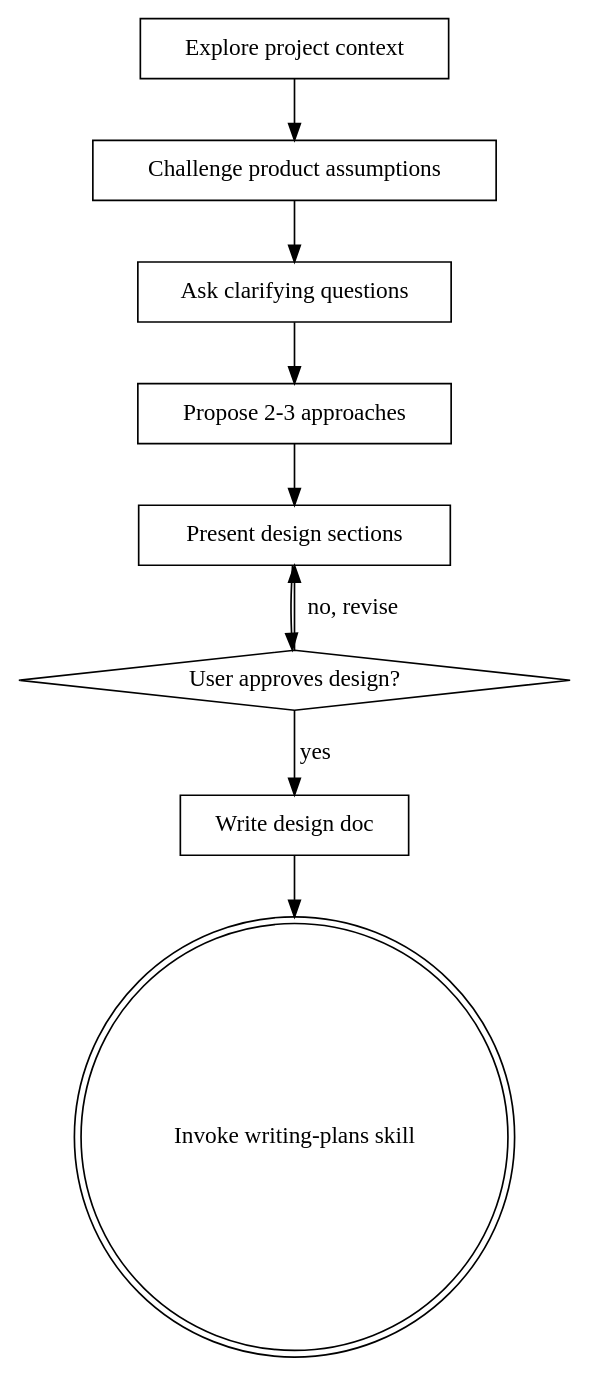
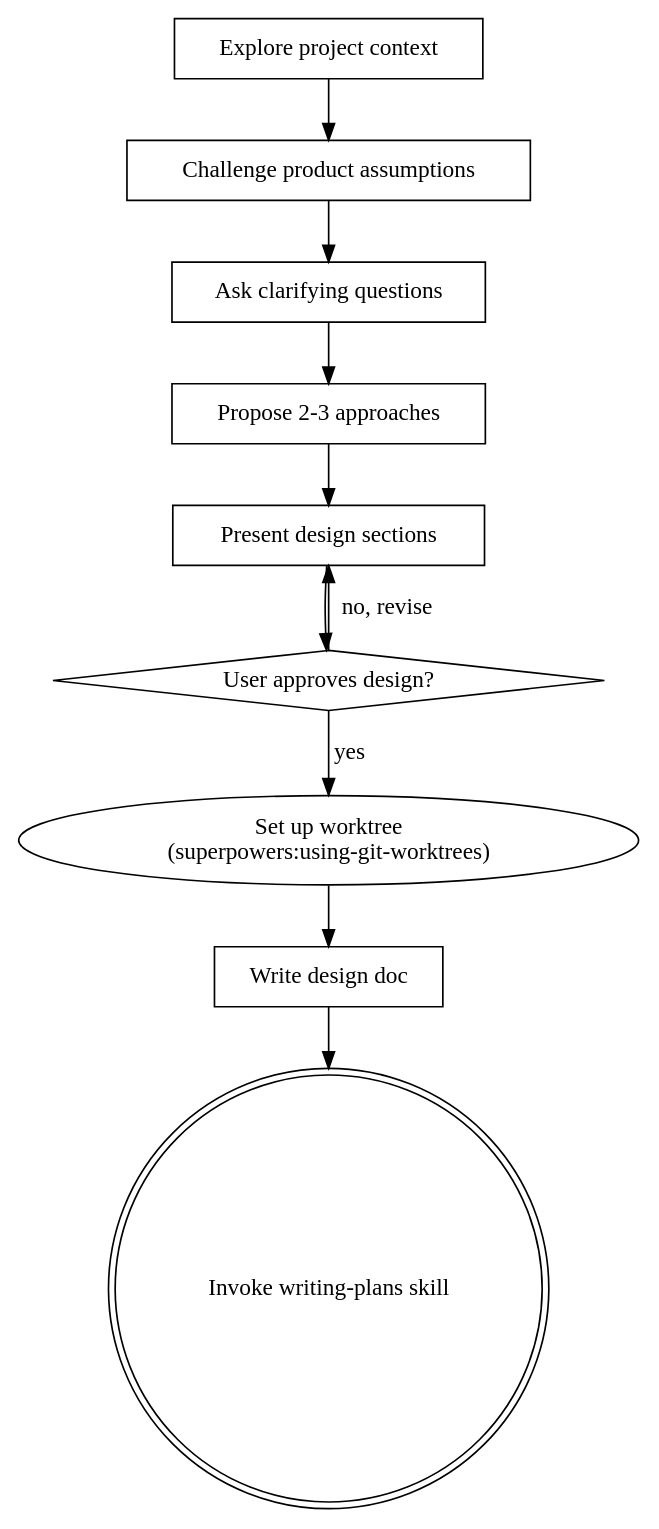
One commit to nikhilsitaram/superpowers changed the diagram in skills/brainstorming/SKILL.md. Above: the diagram before and after it, drawn with Graphviz. The commit also changed other lines of this file, not shown here.

First line of the commit message:
feat(brainstorming): add worktree setup step after design approval

````diff
--- a/skills/brainstorming/SKILL.md
+++ b/skills/brainstorming/SKILL.md
@@ -36,21 +37,22 @@
 ```dot
 digraph brainstorming {
     "Explore project context" [shape=box];
     "Challenge product assumptions" [shape=box];
     "Ask clarifying questions" [shape=box];
     "Propose 2-3 approaches" [shape=box];
     "Present design sections" [shape=box];
     "User approves design?" [shape=diamond];
     "Write design doc" [shape=box];
     "Invoke writing-plans skill" [shape=doublecircle];
 
     "Explore project context" -> "Challenge product assumptions";
     "Challenge product assumptions" -> "Ask clarifying questions";
     "Ask clarifying questions" -> "Propose 2-3 approaches";
     "Propose 2-3 approaches" -> "Present design sections";
     "Present design sections" -> "User approves design?";
     "User approves design?" -> "Present design sections" [label="no, revise"];
-    "User approves design?" -> "Write design doc" [label="yes"];
+    "User approves design?" -> "Set up worktree\n(superpowers:using-git-worktrees)" [label="yes"];
+    "Set up worktree\n(superpowers:using-git-worktrees)" -> "Write design doc";
     "Write design doc" -> "Invoke writing-plans skill";
 }
 ```
````
